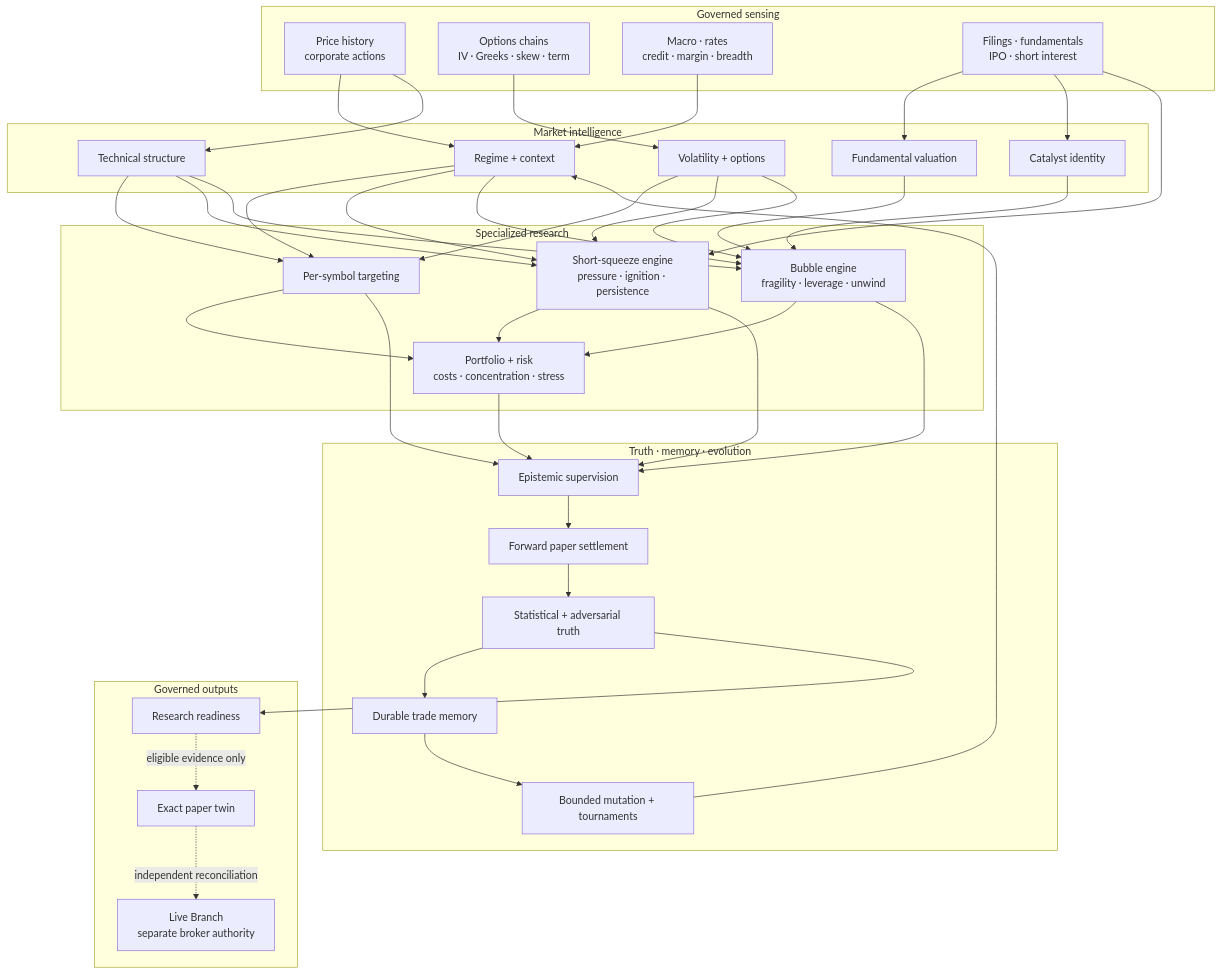
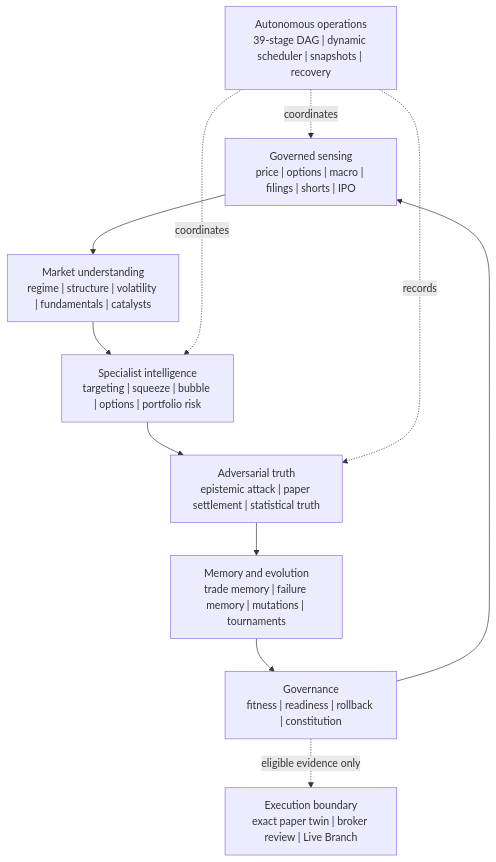
One commit to ObtuseAI/dopey changed the second of 8 diagrams in README.md. Above: the diagram before and after it, drawn with Mermaid. The commit also changed other lines of this file, not shown here.

````diff
--- a/README.md
+++ b/README.md
@@ -102,72 +185,22 @@
 ```mermaid
 flowchart TB
-    subgraph Sources["Governed sensing"]
-        P["Price history<br/>corporate actions"]
-        O["Options chains<br/>IV · Greeks · skew · term"]
-        M["Macro · rates<br/>credit · margin · breadth"]
-        F["Filings · fundamentals<br/>IPO · short interest"]
-    end
+    A["Governed sensing<br/>price | options | macro | filings | shorts | IPO"]
+    B["Market understanding<br/>regime | structure | volatility | fundamentals | catalysts"]
+    C["Specialist intelligence<br/>targeting | squeeze | bubble | options | portfolio risk"]
+    D["Adversarial truth<br/>epistemic attack | paper settlement | statistical truth"]
+    E["Memory and evolution<br/>trade memory | failure memory | mutations | tournaments"]
+    F["Governance<br/>fitness | readiness | rollback | constitution"]
+    G["Execution boundary<br/>exact paper twin | broker review | Live Branch"]
+    H["Autonomous operations<br/>39-stage DAG | dynamic scheduler | snapshots | recovery"]
 
-    subgraph Intelligence["Market intelligence"]
-        R["Regime + context"]
-        T["Technical structure"]
-        V["Volatility + options"]
-        U["Fundamental valuation"]
-        C["Catalyst identity"]
-    end
-
-    subgraph Specialists["Specialized research"]
-        G["Per-symbol targeting"]
-        S["Short-squeeze engine<br/>pressure · ignition · persistence"]
-        B["Bubble engine<br/>fragility · leverage · unwind"]
-        Q["Portfolio + risk<br/>costs · concentration · stress"]
-    end
-
-    subgraph Truth["Truth · memory · evolution"]
-        E["Epistemic supervision"]
-        W["Forward paper settlement"]
-        A["Statistical + adversarial truth"]
-        D["Durable trade memory"]
-        N["Bounded mutation + tournaments"]
-    end
-
-    subgraph Authority["Governed outputs"]
-        H["Research readiness"]
-        X["Exact paper twin"]
-        L["Live Branch<br/>separate broker authority"]
-    end
-
-    P --> R
-    P --> T
-    O --> V
-    M --> R
-    F --> U
-    F --> C
-    R --> G
-    T --> G
-    V --> G
-    R --> S
-    T --> S
-    V --> S
-    F --> S
-    R --> B
-    T --> B
-    V --> B
-    U --> B
-    C --> B
-    G --> Q
-    S --> Q
-    B --> Q
-    G --> E
-    S --> E
-    B --> E
-    Q --> E
-    E --> W
-    W --> A
-    A --> D
-    D --> N
-    N --> R
-    A --> H
-    H -.->|"eligible evidence only"| X
-    X -.->|"independent reconciliation"| L
+    A --> B
+    B --> C
+    C --> D
+    D --> E
+    E --> F
+    F --> A
+    F -.->|"eligible evidence only"| G
+    H -.->|"coordinates"| A
+    H -.->|"coordinates"| C
+    H -.->|"records"| D
 ```
````
